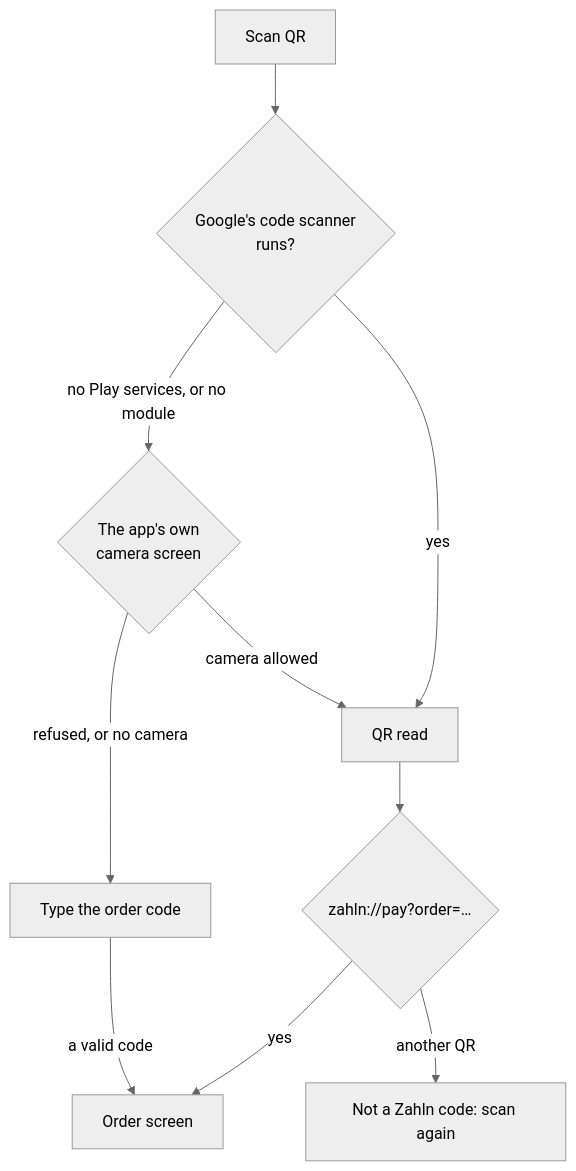
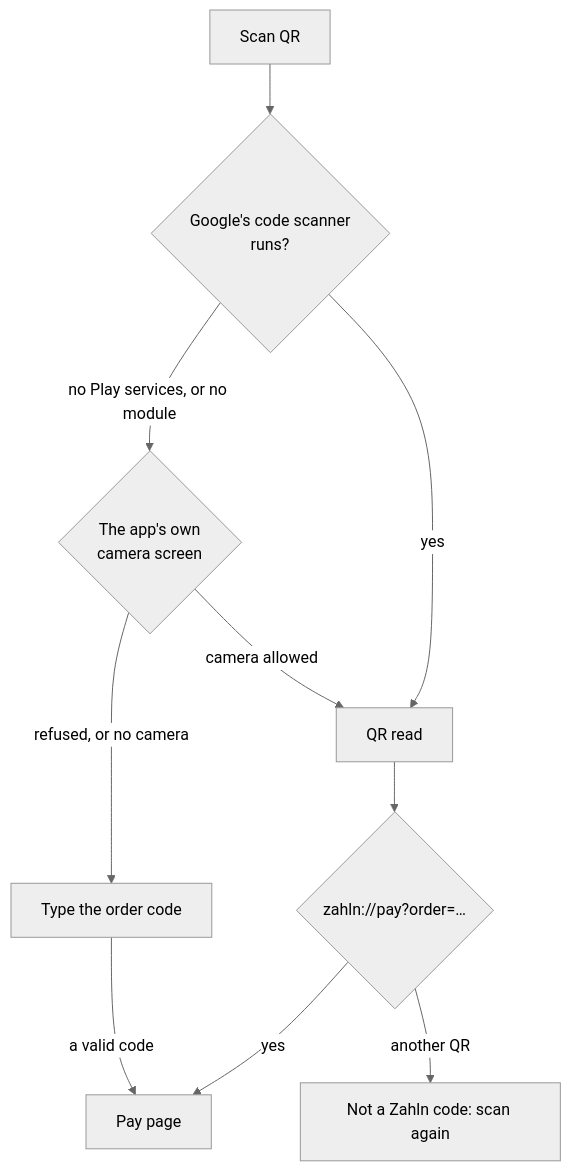
Before and after one commit to Ashish15082001/zahln: the first of 2 diagrams in docs/student-plan.md, drawn with Mermaid (neutral theme). The commit also changed other lines of this file and 1 other file, not shown here.

Commit message:
Describe paying in the student app: the Pay page, each answer, the key, and the edge cases

````diff
--- a/docs/student-plan.md
+++ b/docs/student-plan.md
@@ -29,12 +30,12 @@
 ```mermaid
 flowchart TD
   Tap["Scan QR"] --> Google{"Google's code scanner<br/>runs?"}
   Google -- "yes" --> Read["QR read"]
   Google -- "no Play services, or no module" --> Camera{"The app's own<br/>camera screen"}
   Camera -- "camera allowed" --> Read
   Camera -- "refused, or no camera" --> Typed["Type the order code"]
   Read --> Check{"zahln://pay?order=…"}
-  Check -- "yes" --> Order["Order screen"]
+  Check -- "yes" --> Pay["Pay page"]
   Check -- "another QR" --> Again["Not a Zahln code: scan again"]
-  Typed -- "a valid code" --> Order
+  Typed -- "a valid code" --> Pay
 ```
````
